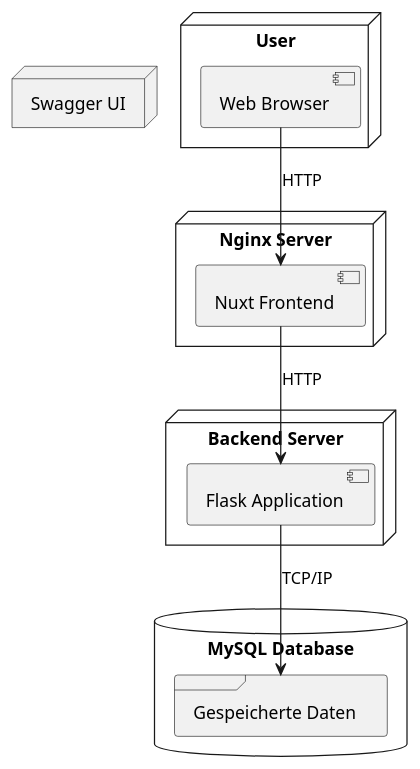
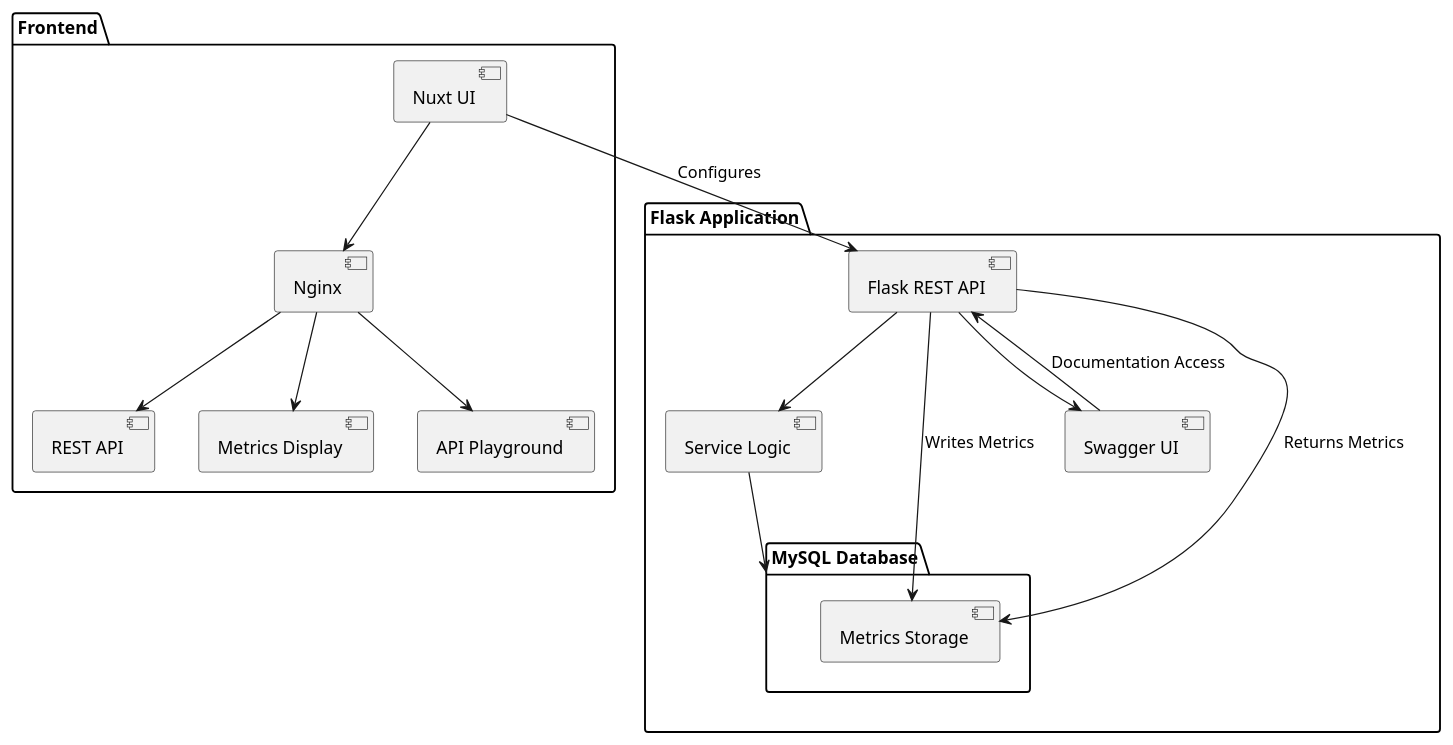
The diagram in uml/verteildiagram.puml (GlitchDevX/Custos), drawn with PlantUML before and after one commit.

Commit message:
updated deployment diagramm

```diff
--- a/uml/verteildiagram.puml
+++ b/uml/verteildiagram.puml
@@ -1,29 +1,23 @@
-@startuml Verteildiagramm
-
-node "User" {
-    [Web Browser]
+@startuml Deployment Diagram
+package "Frontend" {
+    [Nuxt UI] --> [Nginx]
+    [Nginx] --> [REST API]
+    [Nginx] --> [Metrics Display]
+    [Nginx] --> [API Playground]
 }
 
-node "Nginx Server" {
-    [Nuxt Frontend]
+package "Flask Application" {
+    [Flask REST API] --> [Service Logic]
+    [Service Logic] --> [MySQL Database]
+    [Flask REST API] --> [Swagger UI]
 }
 
-node "Backend Server" {
-    [Flask Application]
+package "MySQL Database" {
+    [Metrics Storage]
 }
 
-node "Swagger UI" {
-
-}
-
-database "MySQL Database" {
-    frame "Gespeicherte Daten" {
-
-    }
-}
-
-[Web Browser] --> [Nuxt Frontend] : HTTP
-[Nuxt Frontend] --> [Flask Application] : HTTP
-[Flask Application]
-[Flask Application] --> [Gespeicherte Daten]: TCP/IP
+[Nuxt UI] --> [Flask REST API] : Configures
+[Flask REST API] --> [Metrics Storage] : Writes Metrics
+[Flask REST API] --> [Metrics Storage] : Returns Metrics
+[Swagger UI] --> [Flask REST API] : Documentation Access
 @enduml
```
